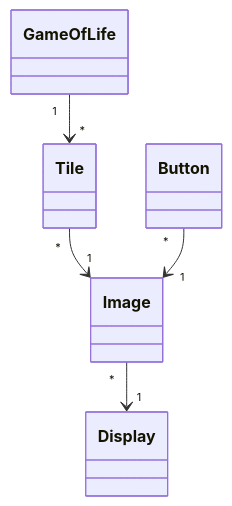
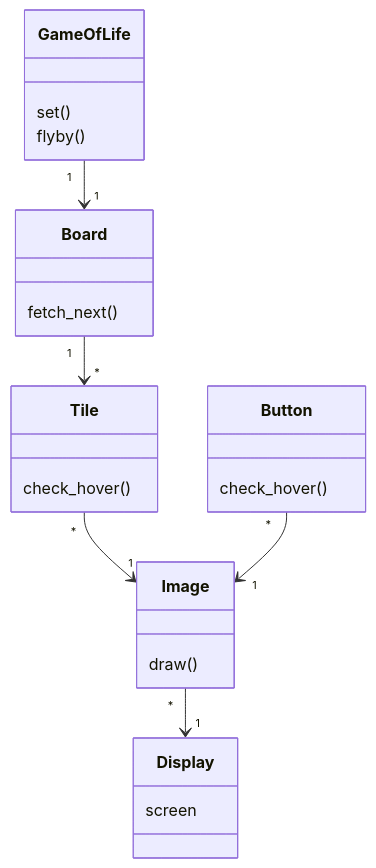
The first of 2 diagrams in documentation/architecture.md (MiikaMatias/ot-harjoitustyo), drawn with Mermaid before and after one commit. The commit also changed other lines of this file, not shown here.

````diff
--- a/documentation/architecture.md
+++ b/documentation/architecture.md
@@ -3,24 +5,36 @@
 ```mermaid
  classDiagram
  
       Tile "*" --> "1" Image
       Button "*" --> "1" Image
       
       Image "*" --> "1" Display
       
-      GameOfLife "1" --> "*" Tile
+      GameOfLife "1" --> "1" Board
+      Board "1" --> "*" Tile
+
       class Image {
+      draw()
       }
       
       class Display {
+      screen
       }
       
       class Tile {
+      check_hover()
       }
       
       class GameOfLife {
+      set()
+      flyby()
       }
       
       class Button {
+      check_hover()
+      }
+      
+      class Board {
+      fetch_next()
       }
 ```
````
